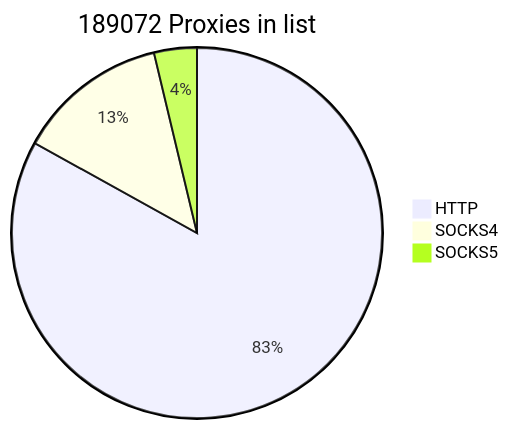
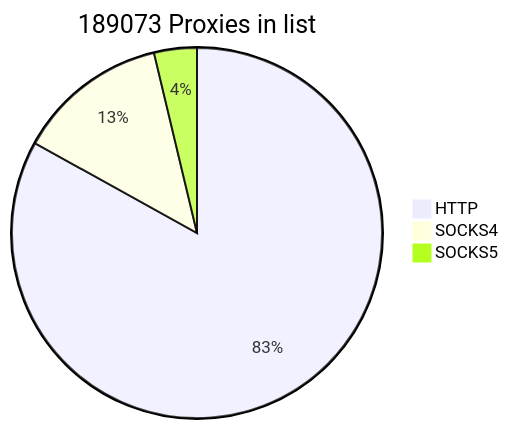
One commit to cutipu/proxylist changed the first of 2 diagrams in README.md. Above: the diagram before and after it, drawn with Mermaid. The commit also changed other lines of this file, not shown here.

````diff
--- a/README.md
+++ b/README.md
@@ -2,7 +2,7 @@
 ```mermaid
-pie title 189072 Proxies in list
+pie title 189073 Proxies in list
     "HTTP" : 157019
-    "SOCKS4" : 24991
+    "SOCKS4" : 24992
     "SOCKS5" : 7062
             
 ```
````
